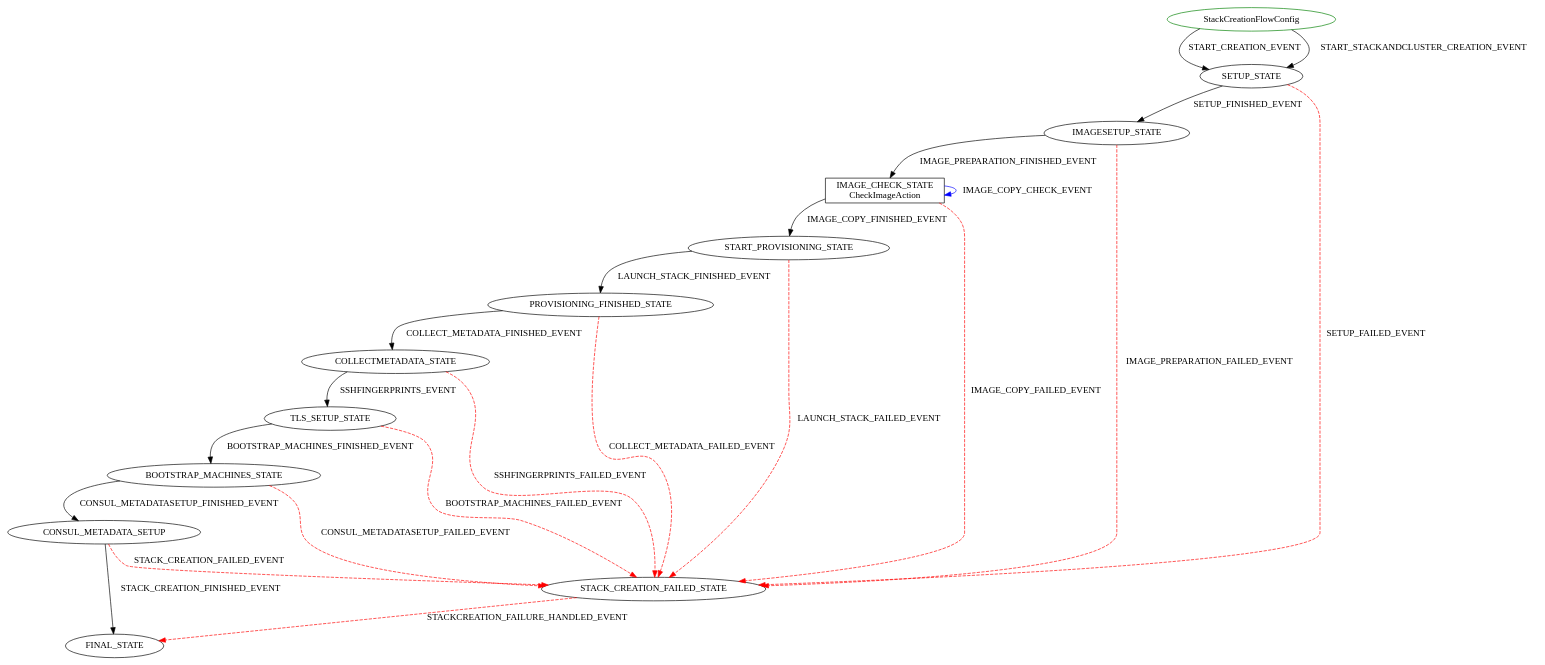
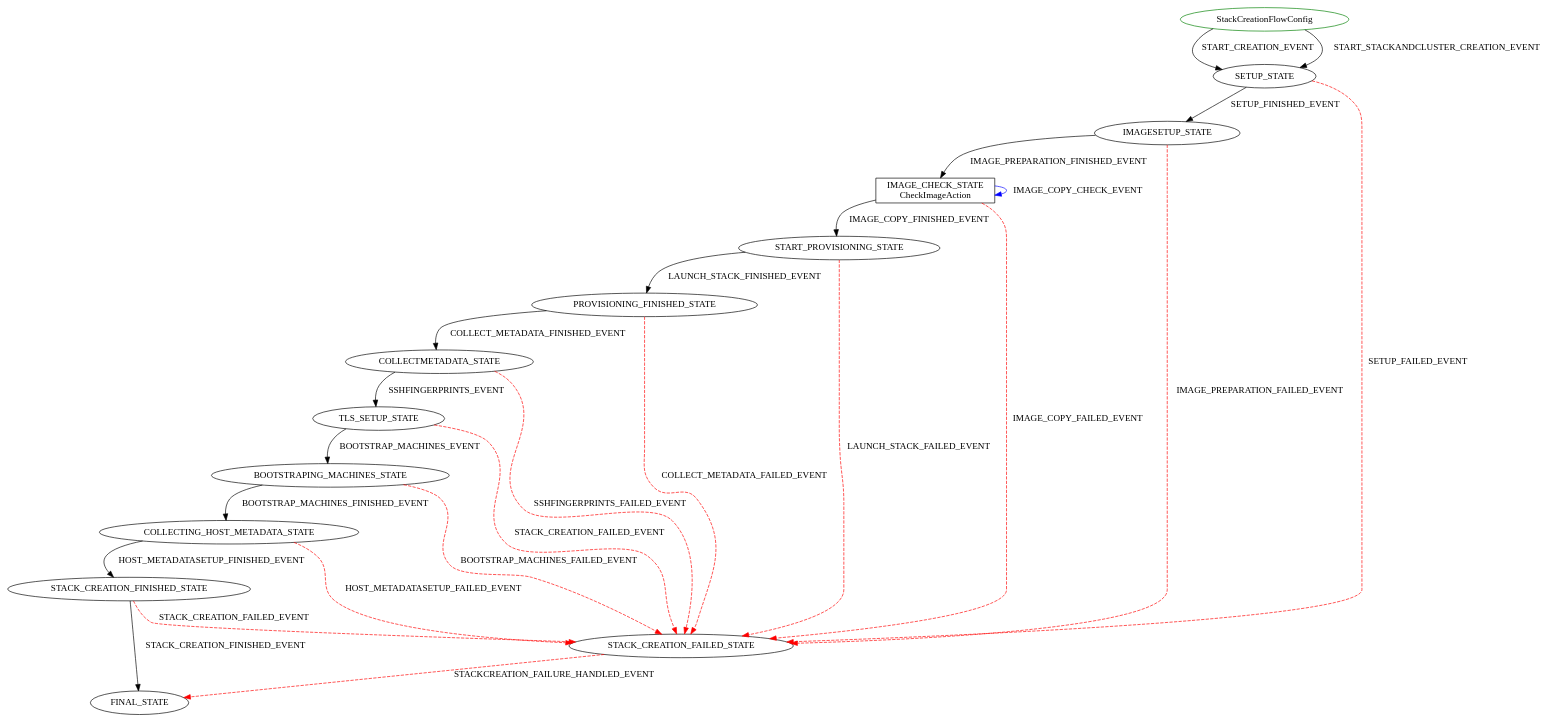
Before and after one commit to wprender/cloudbreak-docs: the diagram in docs/diagrams/StackCreationFlowConfig.dot, drawn with Graphviz. The commit also changed 6 other files, not shown here.

Commit message:
CLOUD-58687 Move cluster update password flow to new flow engine

```diff
--- a/docs/diagrams/StackCreationFlowConfig.dot
+++ b/docs/diagrams/StackCreationFlowConfig.dot
@@ -1,26 +1,28 @@
 digraph {
 INIT_STATE [label="StackCreationFlowConfig" shape=ellipse color=green];
 INIT_STATE -> SETUP_STATE [label="START_CREATION_EVENT" color=black style=solid];
 INIT_STATE -> SETUP_STATE [label="START_STACKANDCLUSTER_CREATION_EVENT" color=black style=solid];
 SETUP_STATE -> IMAGESETUP_STATE [label="SETUP_FINISHED_EVENT" color=black style=solid];
 SETUP_STATE -> STACK_CREATION_FAILED_STATE [label="SETUP_FAILED_EVENT" color=red style=dashed];
 STACK_CREATION_FAILED_STATE -> FINAL_STATE [label="STACKCREATION_FAILURE_HANDLED_EVENT" color=red style=dashed];
 IMAGE_CHECK_STATE [label="IMAGE_CHECK_STATE\nCheckImageAction" shape=rect color=black];
 IMAGESETUP_STATE -> IMAGE_CHECK_STATE [label="IMAGE_PREPARATION_FINISHED_EVENT" color=black style=solid];
 IMAGESETUP_STATE -> STACK_CREATION_FAILED_STATE [label="IMAGE_PREPARATION_FAILED_EVENT" color=red style=dashed];
 IMAGE_CHECK_STATE -> IMAGE_CHECK_STATE [label="IMAGE_COPY_CHECK_EVENT" color=blue style=solid];
 IMAGE_CHECK_STATE -> STACK_CREATION_FAILED_STATE [label="IMAGE_COPY_FAILED_EVENT" color=red style=dashed];
 IMAGE_CHECK_STATE -> START_PROVISIONING_STATE [label="IMAGE_COPY_FINISHED_EVENT" color=black style=solid];
 START_PROVISIONING_STATE -> PROVISIONING_FINISHED_STATE [label="LAUNCH_STACK_FINISHED_EVENT" color=black style=solid];
 START_PROVISIONING_STATE -> STACK_CREATION_FAILED_STATE [label="LAUNCH_STACK_FAILED_EVENT" color=red style=dashed];
 PROVISIONING_FINISHED_STATE -> COLLECTMETADATA_STATE [label="COLLECT_METADATA_FINISHED_EVENT" color=black style=solid];
 PROVISIONING_FINISHED_STATE -> STACK_CREATION_FAILED_STATE [label="COLLECT_METADATA_FAILED_EVENT" color=red style=dashed];
 COLLECTMETADATA_STATE -> TLS_SETUP_STATE [label="SSHFINGERPRINTS_EVENT" color=black style=solid];
 COLLECTMETADATA_STATE -> STACK_CREATION_FAILED_STATE [label="SSHFINGERPRINTS_FAILED_EVENT" color=red style=dashed];
-TLS_SETUP_STATE -> BOOTSTRAP_MACHINES_STATE [label="BOOTSTRAP_MACHINES_FINISHED_EVENT" color=black style=solid];
-TLS_SETUP_STATE -> STACK_CREATION_FAILED_STATE [label="BOOTSTRAP_MACHINES_FAILED_EVENT" color=red style=dashed];
-BOOTSTRAP_MACHINES_STATE -> CONSUL_METADATA_SETUP [label="CONSUL_METADATASETUP_FINISHED_EVENT" color=black style=solid];
-BOOTSTRAP_MACHINES_STATE -> STACK_CREATION_FAILED_STATE [label="CONSUL_METADATASETUP_FAILED_EVENT" color=red style=dashed];
-CONSUL_METADATA_SETUP -> FINAL_STATE [label="STACK_CREATION_FINISHED_EVENT" color=black style=solid];
-CONSUL_METADATA_SETUP -> STACK_CREATION_FAILED_STATE [label="STACK_CREATION_FAILED_EVENT" color=red style=dashed];
+TLS_SETUP_STATE -> BOOTSTRAPING_MACHINES_STATE [label="BOOTSTRAP_MACHINES_EVENT" color=black style=solid];
+TLS_SETUP_STATE -> STACK_CREATION_FAILED_STATE [label="STACK_CREATION_FAILED_EVENT" color=red style=dashed];
+BOOTSTRAPING_MACHINES_STATE -> COLLECTING_HOST_METADATA_STATE [label="BOOTSTRAP_MACHINES_FINISHED_EVENT" color=black style=solid];
+BOOTSTRAPING_MACHINES_STATE -> STACK_CREATION_FAILED_STATE [label="BOOTSTRAP_MACHINES_FAILED_EVENT" color=red style=dashed];
+COLLECTING_HOST_METADATA_STATE -> STACK_CREATION_FINISHED_STATE [label="HOST_METADATASETUP_FINISHED_EVENT" color=black style=solid];
+COLLECTING_HOST_METADATA_STATE -> STACK_CREATION_FAILED_STATE [label="HOST_METADATASETUP_FAILED_EVENT" color=red style=dashed];
+STACK_CREATION_FINISHED_STATE -> FINAL_STATE [label="STACK_CREATION_FINISHED_EVENT" color=black style=solid];
+STACK_CREATION_FINISHED_STATE -> STACK_CREATION_FAILED_STATE [label="STACK_CREATION_FAILED_EVENT" color=red style=dashed];
 }
```
